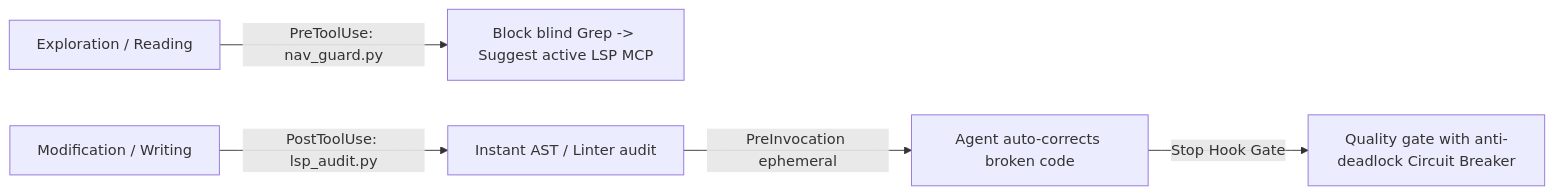
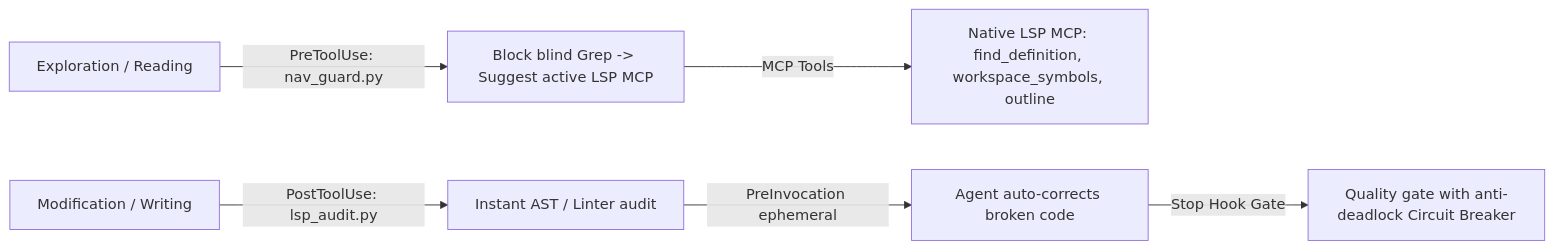
The diagram in README.md (dbqp01/LSP-Antigravity), drawn with Mermaid before and after one commit. The commit also changed other lines of this file and 12 other files, not shown here.

````diff
--- a/README.md
+++ b/README.md
@@ -24,7 +24,8 @@
 ```mermaid
 flowchart LR
     A[Exploration / Reading] -->|PreToolUse: nav_guard.py| B[Block blind Grep -> Suggest active LSP MCP]
+    B -->|MCP Tools| G[Native LSP MCP: find_definition, workspace_symbols, outline]
     C[Modification / Writing] -->|PostToolUse: lsp_audit.py| D[Instant AST / Linter audit]
     D -->|PreInvocation ephemeral| E[Agent auto-corrects broken code]
     E -->|Stop Hook Gate| F[Quality gate with anti-deadlock Circuit Breaker]
 ```
````
